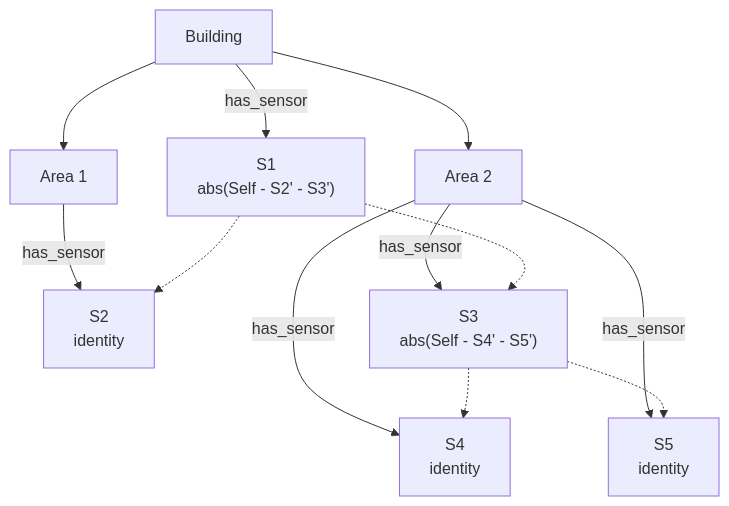
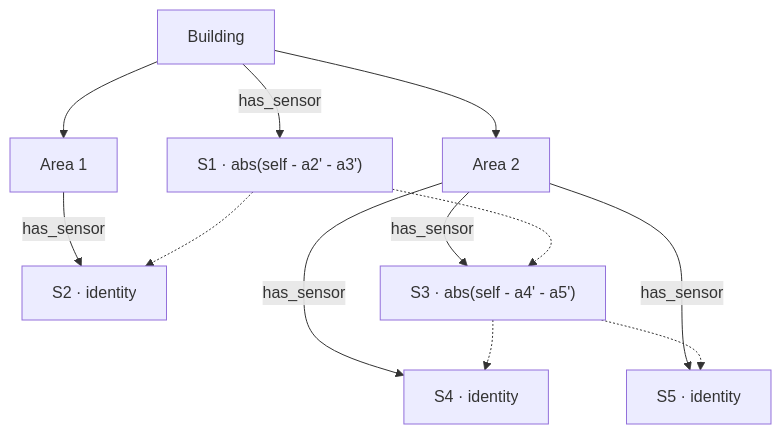
The third of 3 diagrams in docs/hierarchy-and-sensors.md (surt666/ems_rust), drawn with Mermaid before and after one commit. The commit also changed other lines of this file and 7 other files, not shown here.

````diff
--- a/docs/hierarchy-and-sensors.md
+++ b/docs/hierarchy-and-sensors.md
@@ -345,16 +348,15 @@
 ```mermaid
 graph TD
   B["Building"] --> A1["Area 1"]
   B --> A2["Area 2"]
-
-  B -->|has_sensor| S1["S1<br/>abs(Self - S2' - S3')"]
-  A1 -->|has_sensor| S2["S2<br/>identity"]
-  A2 -->|has_sensor| S3["S3<br/>abs(Self - S4' - S5')"]
-  A2 -->|has_sensor| S4["S4<br/>identity"]
-  A2 -->|has_sensor| S5["S5<br/>identity"]
+  B -->|has_sensor| S1["S1 · abs(self - a2' - a3')"]
+  A1 -->|has_sensor| S2["S2 · identity"]
+  A2 -->|has_sensor| S3["S3 · abs(self - a4' - a5')"]
+  A2 -->|has_sensor| S4["S4 · identity"]
+  A2 -->|has_sensor| S5["S5 · identity"]
 
   S1 -.-> S2
   S1 -.-> S3
   S3 -.-> S4
   S3 -.-> S5
 ```
````
